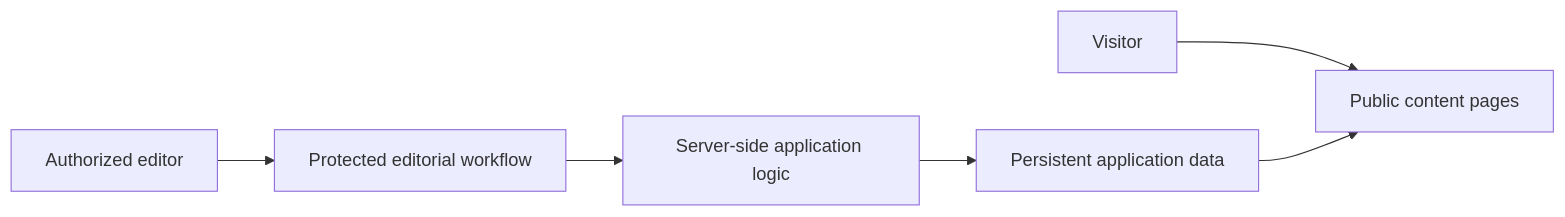
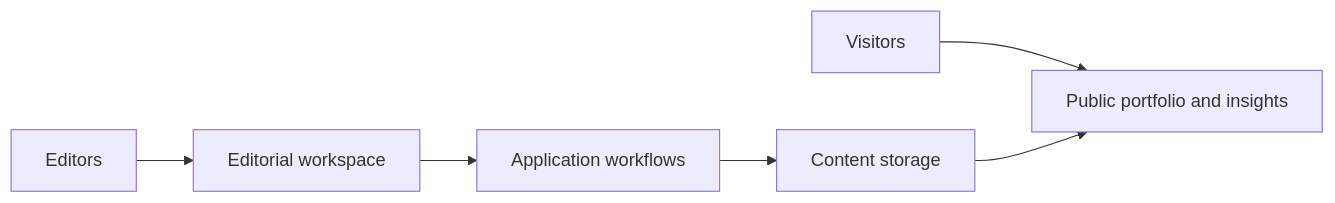
One commit to Abi0l9/Abi0l9 changed the second of 3 diagrams in portfolio/architecture/README.md. Above: the diagram before and after it, drawn with Mermaid. The commit also changed other lines of this file, not shown here.

Commit message:
docs(architecture): name actual products and simplify public architecture notes

````diff
--- a/portfolio/architecture/README.md
+++ b/portfolio/architecture/README.md
@@ -25,8 +27,8 @@
 ```mermaid
 flowchart LR
-  Editor["Authorized editor"] --> Workspace["Protected editorial workflow"]
-  Workspace --> Application["Server-side application logic"]
-  Application --> Persistence["Persistent application data"]
-  Visitor["Visitor"] --> Public["Public content pages"]
-  Persistence --> Public
+  V["Visitors"] --> P["Public portfolio and insights"]
+  E["Editors"] --> W["Editorial workspace"]
+  W --> S["Application workflows"]
+  S --> C["Content storage"]
+  C --> P
 ```
````
